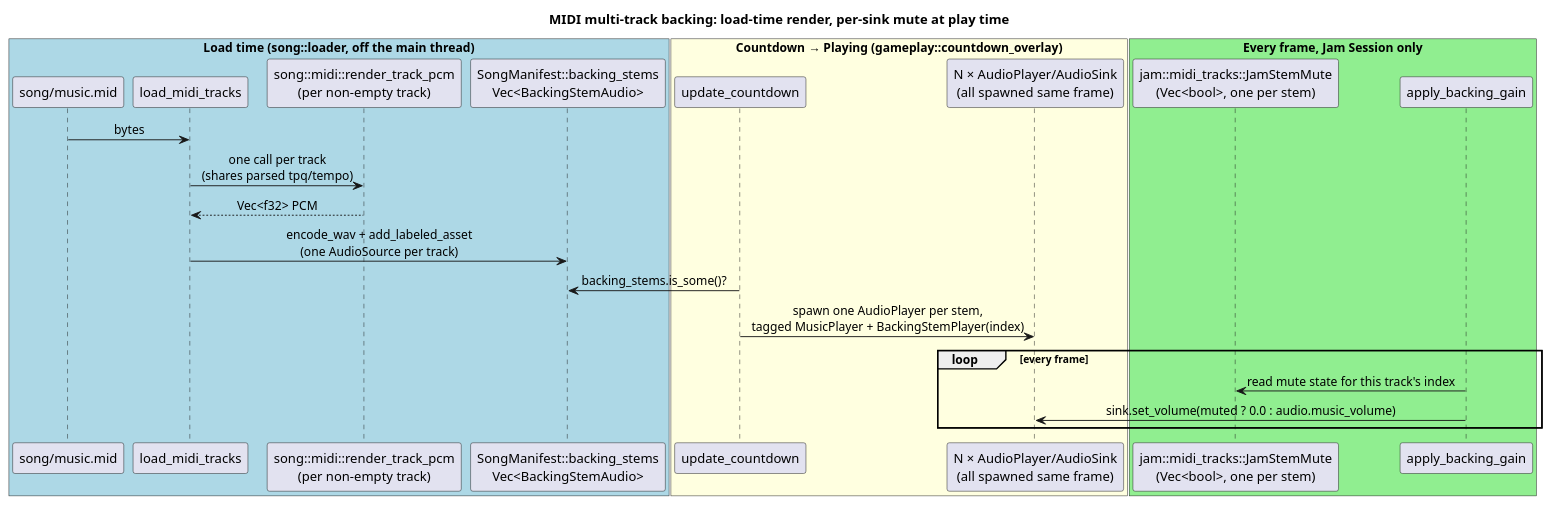
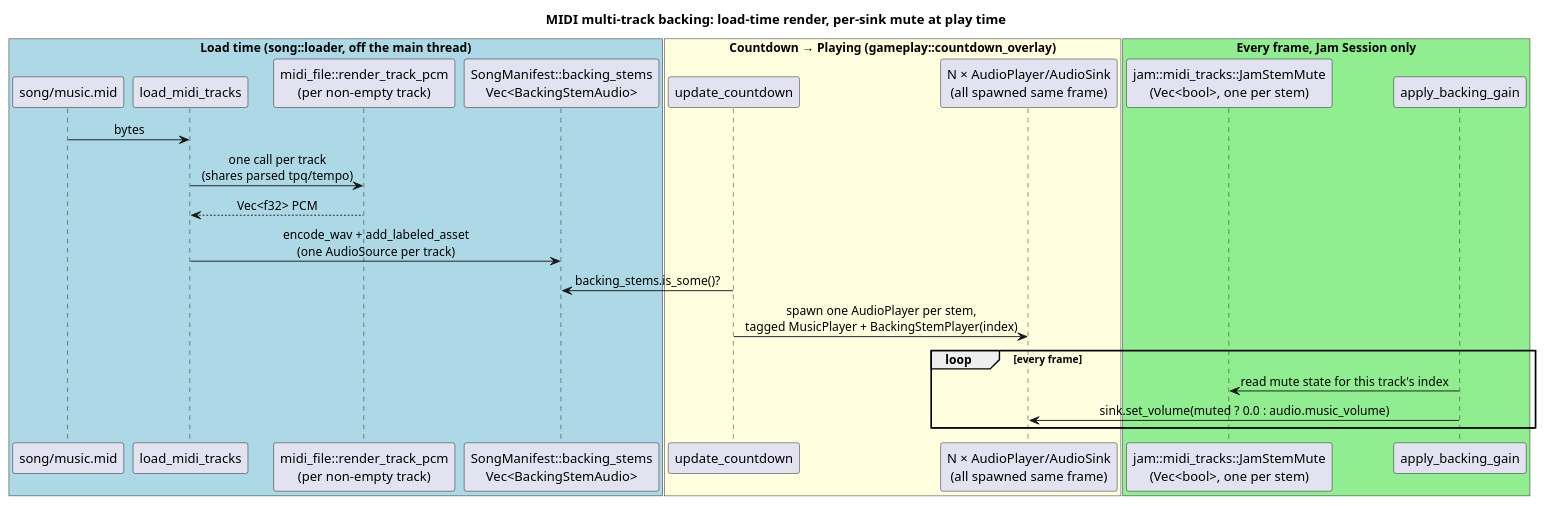
Before and after one commit to taupter/harmonicon: the third of 4 diagrams in contributing/src/jam-session-architecture.md, drawn with PlantUML. The commit also changed 4 other files, not shown here.

````diff
--- a/contributing/src/jam-session-architecture.md
+++ b/contributing/src/jam-session-architecture.md
@@ -133,36 +133,36 @@
 ```plantuml
 @startuml
 title MIDI multi-track backing: load-time render, per-sink mute at play time
 skinparam sequenceMessageAlign center
 
 box "Load time (song::loader, off the main thread)" #LightBlue
 participant "song/music.mid" as midfile
 participant "load_midi_tracks" as loader
-participant "song::midi::render_track_pcm\n(per non-empty track)" as render
+participant "midi_file::render_track_pcm\n(per non-empty track)" as render
 participant "SongManifest::backing_stems\nVec<BackingStemAudio>" as manifest
 end box
 
 box "Countdown → Playing (gameplay::countdown_overlay)" #LightYellow
 participant "update_countdown" as countdown
 participant "N × AudioPlayer/AudioSink\n(all spawned same frame)" as sinks
 end box
 
 box "Every frame, Jam Session only" #LightGreen
 participant "jam::midi_tracks::JamStemMute\n(Vec<bool>, one per stem)" as mute
 participant "apply_backing_gain" as apply
 end box
 
 midfile -> loader : bytes
 loader -> render : one call per track\n(shares parsed tpq/tempo)
 render --> loader : Vec<f32> PCM
 loader -> manifest : encode_wav + add_labeled_asset\n(one AudioSource per track)
 
 countdown -> manifest : backing_stems.is_some()?
 countdown -> sinks : spawn one AudioPlayer per stem,\ntagged MusicPlayer + BackingStemPlayer(index)
 
 loop every frame
   apply -> mute : read mute state for this track's index
   apply -> sinks : sink.set_volume(muted ? 0.0 : audio.music_volume)
 end
 @enduml
 ```
````
